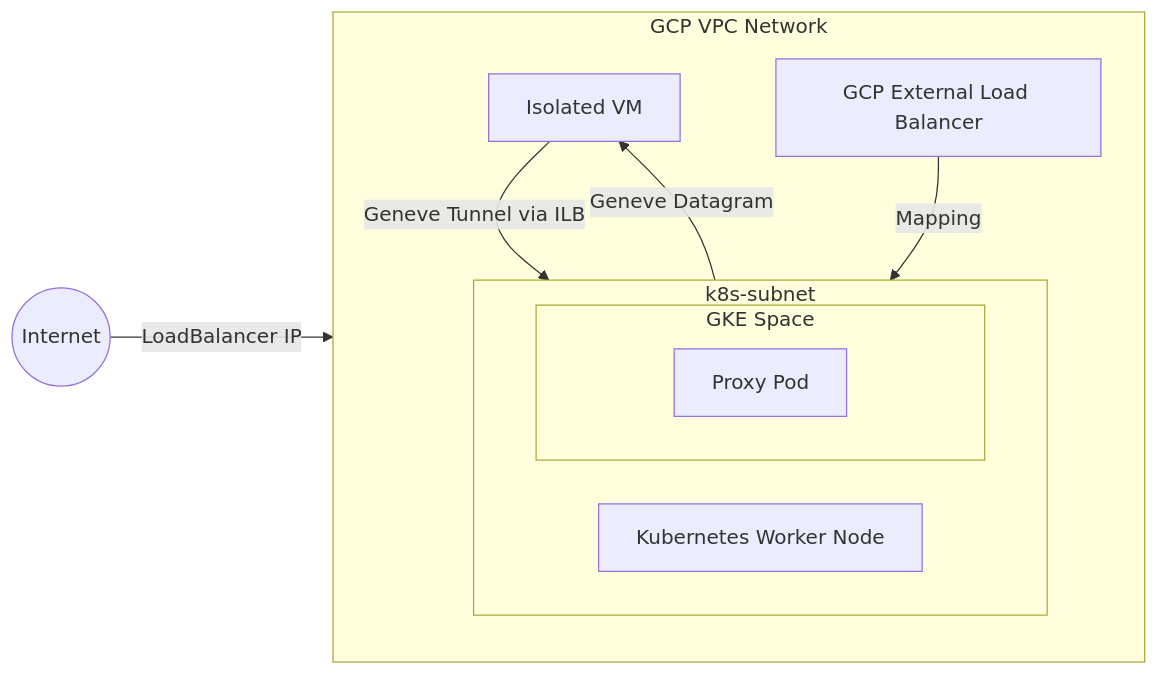
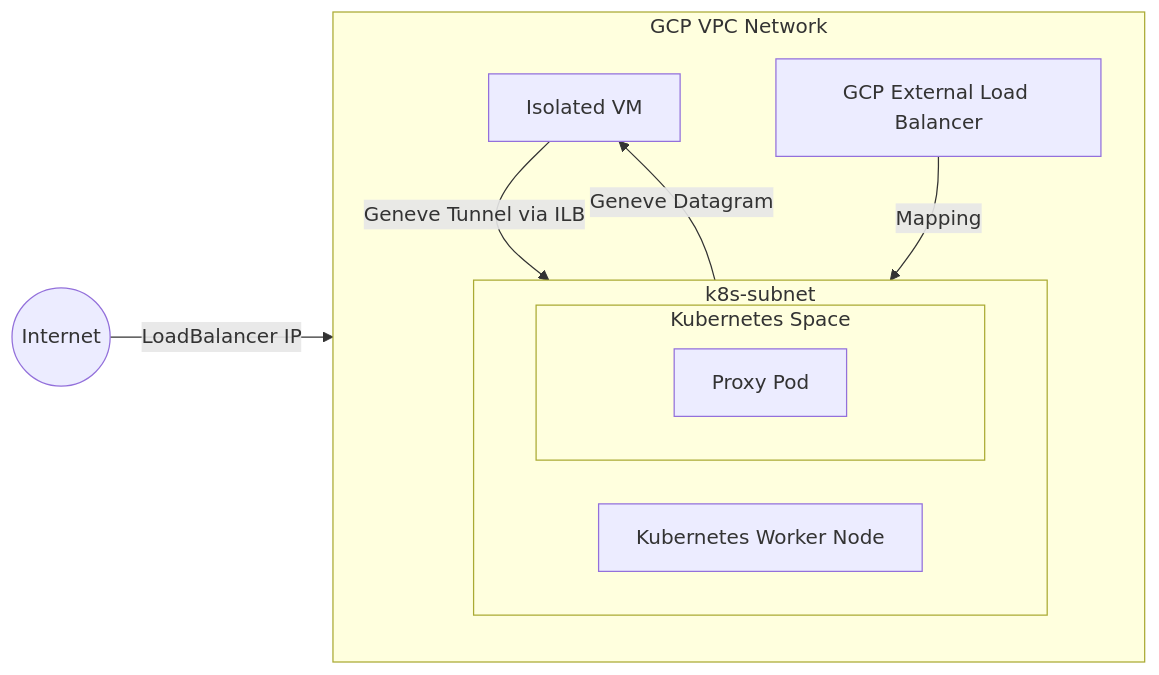
The first of 3 diagrams in README.md (linde/gcp-k8s-isolated-vm), drawn with Mermaid before and after one commit. The commit also changed other lines of this file and 13 other files, not shown here.

````diff
--- a/README.md
+++ b/README.md
@@ -37,28 +32,28 @@
 ```mermaid
 graph LR
     Internet((Internet))
 
     subgraph VPC [GCP VPC Network]
         direction TB
         GCP_LB[GCP External Load Balancer]
         
         subgraph Subnet [k8s-subnet]
             direction LR
             K8s_Node[Kubernetes Worker Node]
             
-            subgraph Pods [GKE Space]
+            subgraph Pods [Kubernetes Space]
                 Proxy_Pod[Proxy Pod]
             end
         end
         
         Proxied_VM[Isolated VM]
     end
 
     %% Returning Tunnel path
     Proxied_VM -->|Geneve Tunnel via ILB| Proxy_Pod
 
     %% Inbound Traffic (Ingress)
     Internet -->|LoadBalancer IP| GCP_LB
     GCP_LB -->|Mapping| Proxy_Pod
     Proxy_Pod -->|Geneve Datagram| Proxied_VM
 ```
````
